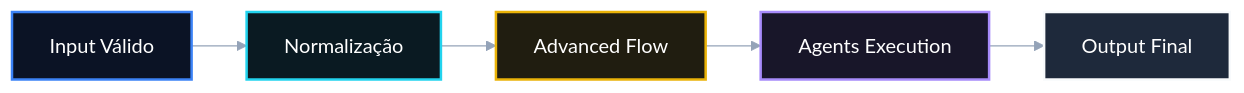
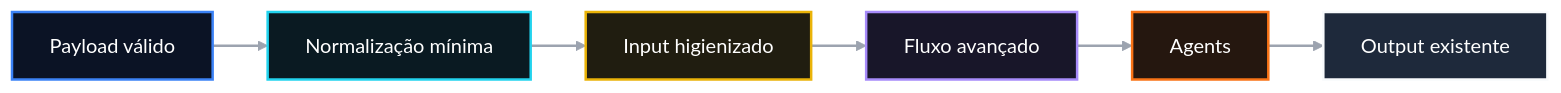
One commit to matheusdiamantino-betalent/questions-ai changed the diagram in PR 88 — Fase 2: Normalização Mínima do Input do Fluxo Avançado.md. Above: the diagram before and after it, drawn with Mermaid. The commit also changed other lines of this file, not shown here.

Commit message:
Update PR 88 — Fase 2: Normalização Mínima do Input do Fluxo Avançado.md

````diff
--- a/PR 88 — Fase 2: Normalização Mínima do Input do Fluxo Avançado.md
+++ b/PR 88 — Fase 2: Normalização Mínima do Input do Fluxo Avançado.md
@@ -83,38 +110,47 @@
 ```mermaid
 %%{init: {
   "theme": "base",
   "themeVariables": {
     "background": "#050b16",
     "primaryColor": "#0b1220",
     "primaryTextColor": "#ffffff",
     "primaryBorderColor": "#22d3ee",
     "lineColor": "#94a3b8",
     "secondaryColor": "#0b1220",
     "tertiaryColor": "#0b1220",
     "fontFamily": "Inter, Arial, sans-serif"
   },
   "flowchart": {
     "htmlLabels": true,
     "curve": "linear",
     "nodeSpacing": 34,
     "rankSpacing": 44
   }
 }}%%
 flowchart LR
-    A["Input Válido"] --> B["Normalização"]
-    B --> C["Advanced Flow"]
-    C --> D["Agents Execution"]
-    D --> E["Output Final"]
+    A["Payload válido"] --> B["Normalização mínima"]
+    B --> C["Input higienizado"]
+    C --> D["Fluxo avançado"]
+    D --> E["Agents"]
+    E --> F["Output existente"]
 
     classDef step1 fill:#0b1325,stroke:#3b82f6,stroke-width:2px,color:#ffffff;
     classDef step2 fill:#0a1a22,stroke:#22d3ee,stroke-width:2px,color:#ffffff;
     classDef step3 fill:#201d10,stroke:#eab308,stroke-width:2px,color:#ffffff;
     classDef step4 fill:#181629,stroke:#a78bfa,stroke-width:2px,color:#ffffff;
+    classDef step5 fill:#25170f,stroke:#f97316,stroke-width:2px,color:#ffffff;
     classDef outputBox fill:#1e293b,stroke:#f8fafc,stroke-width:2px,color:#ffffff;
 
     class A step1;
     class B step2;
     class C step3;
     class D step4;
-    class E outputBox;
+    class E step5;
+    class F outputBox;
+
+    linkStyle 0 stroke:#9ca3af,stroke-width:2px;
+    linkStyle 1 stroke:#9ca3af,stroke-width:2px;
+    linkStyle 2 stroke:#9ca3af,stroke-width:2px;
+    linkStyle 3 stroke:#9ca3af,stroke-width:2px;
+    linkStyle 4 stroke:#9ca3af,stroke-width:2px;
 ```
````
